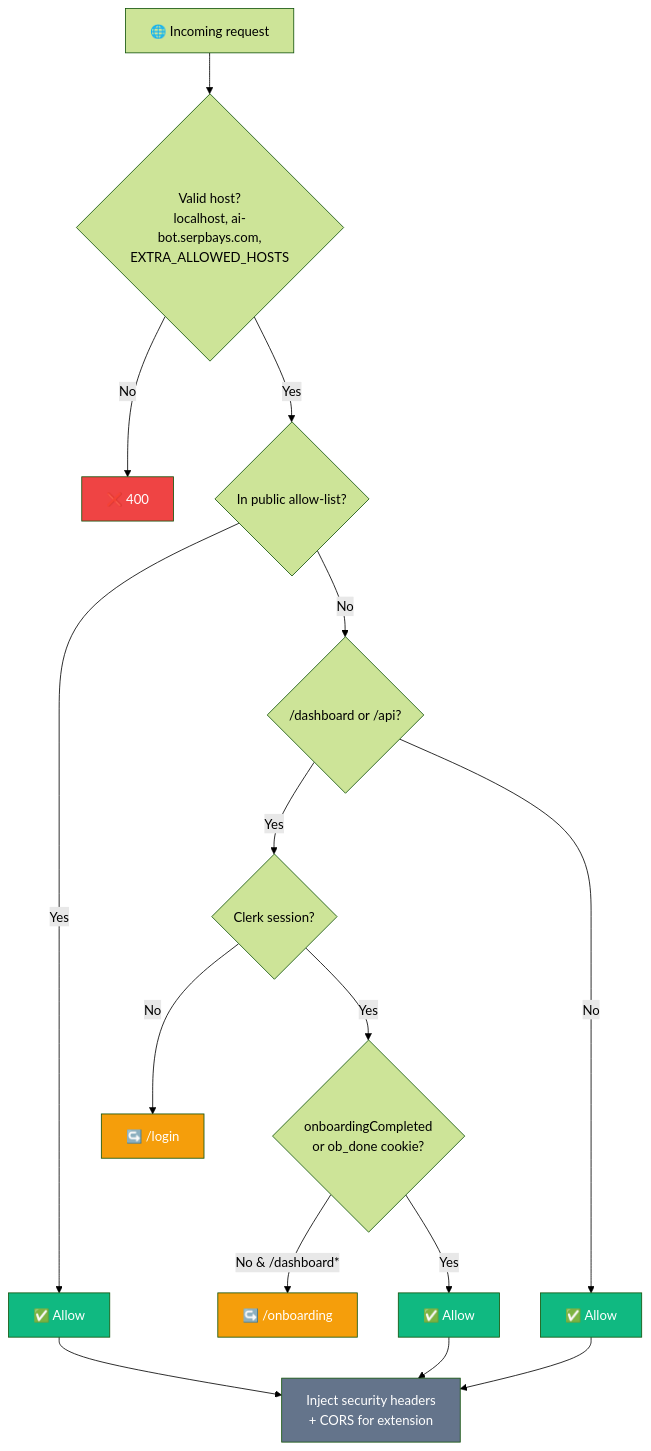
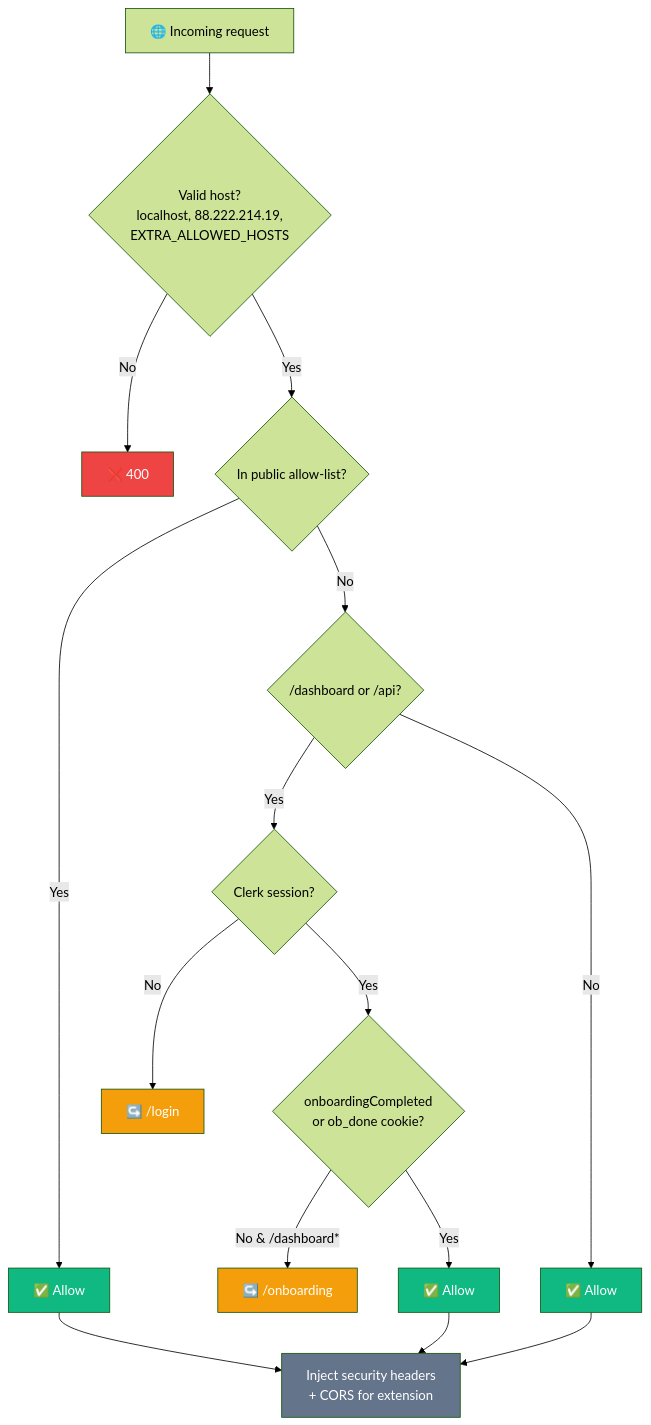
One commit to devserpbays/Serpbays-Bot changed the fourth of 4 diagrams in docs/backend/api-routes.md. Above: the diagram before and after it, drawn with Mermaid (forest theme). The commit also changed 14 other files, not shown here.

````diff
--- a/docs/backend/api-routes.md
+++ b/docs/backend/api-routes.md
@@ -296,24 +296,24 @@
 ```mermaid
 flowchart TB
-    REQ[🌐 Incoming request] --> HV{Valid host?<br/>localhost, ai-bot.serpbays.com,<br/>EXTRA_ALLOWED_HOSTS}
+    REQ[🌐 Incoming request] --> HV{Valid host?<br/>localhost, 88.222.214.19,<br/>EXTRA_ALLOWED_HOSTS}
     HV -->|No| BLK[❌ 400]
     HV -->|Yes| PUB{In public allow-list?}
     PUB -->|Yes| OK1[✅ Allow]
     PUB -->|No| AU{/dashboard or /api?}
     AU -->|Yes| CL{Clerk session?}
     AU -->|No| OK2[✅ Allow]
     CL -->|No| RDIR[↪️ /login]
     CL -->|Yes| OB{onboardingCompleted<br/>or ob_done cookie?}
     OB -->|No & /dashboard*| OBRDIR[↪️ /onboarding]
     OB -->|Yes| OK3[✅ Allow]
 
     OK1 & OK2 & OK3 --> HEADERS[Inject security headers<br/>+ CORS for extension]
 
     style OK1 fill:#10b981,color:#fff
     style OK2 fill:#10b981,color:#fff
     style OK3 fill:#10b981,color:#fff
     style BLK fill:#ef4444,color:#fff
     style RDIR fill:#f59e0b,color:#fff
     style OBRDIR fill:#f59e0b,color:#fff
     style HEADERS fill:#64748b,color:#fff
 ```
````
